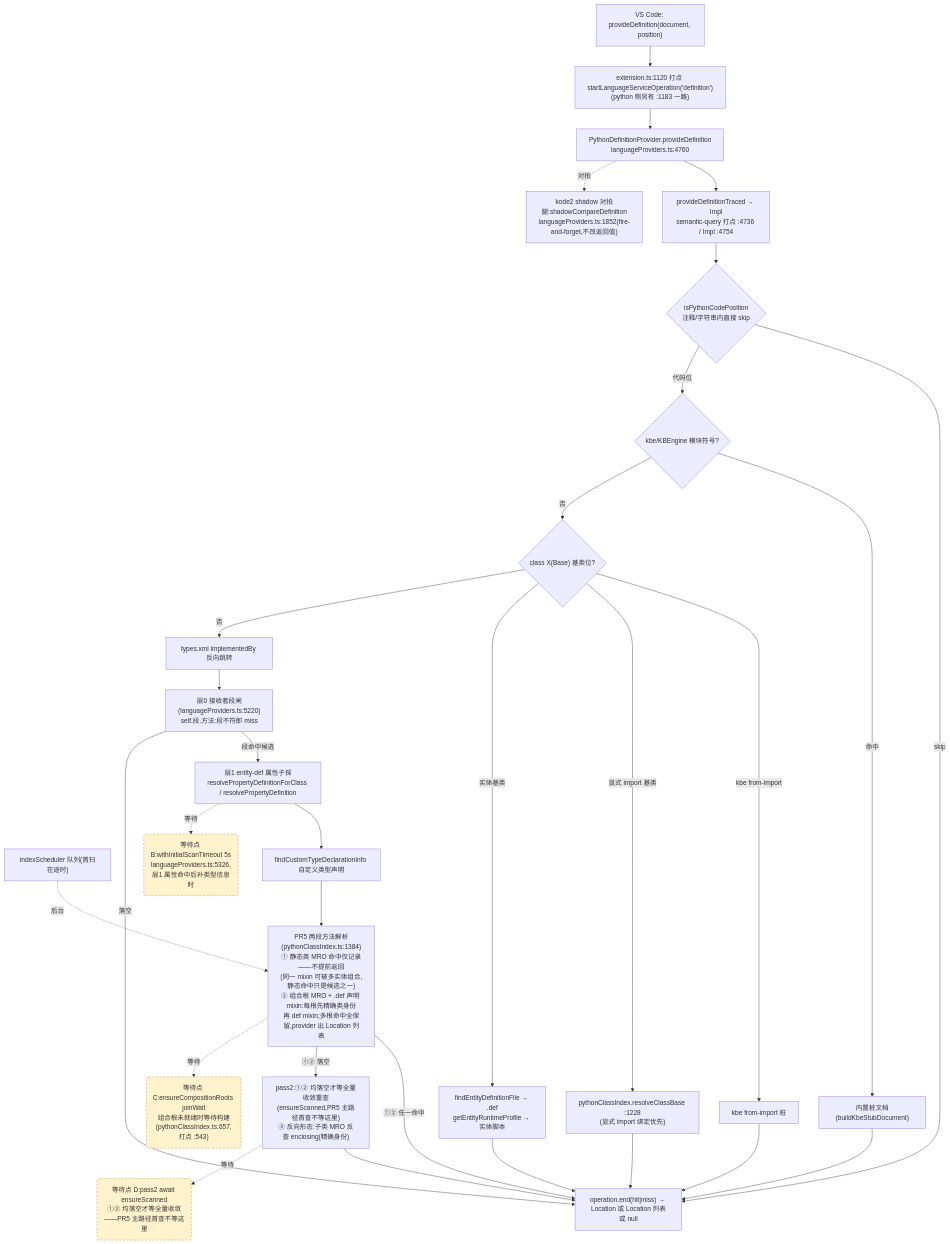
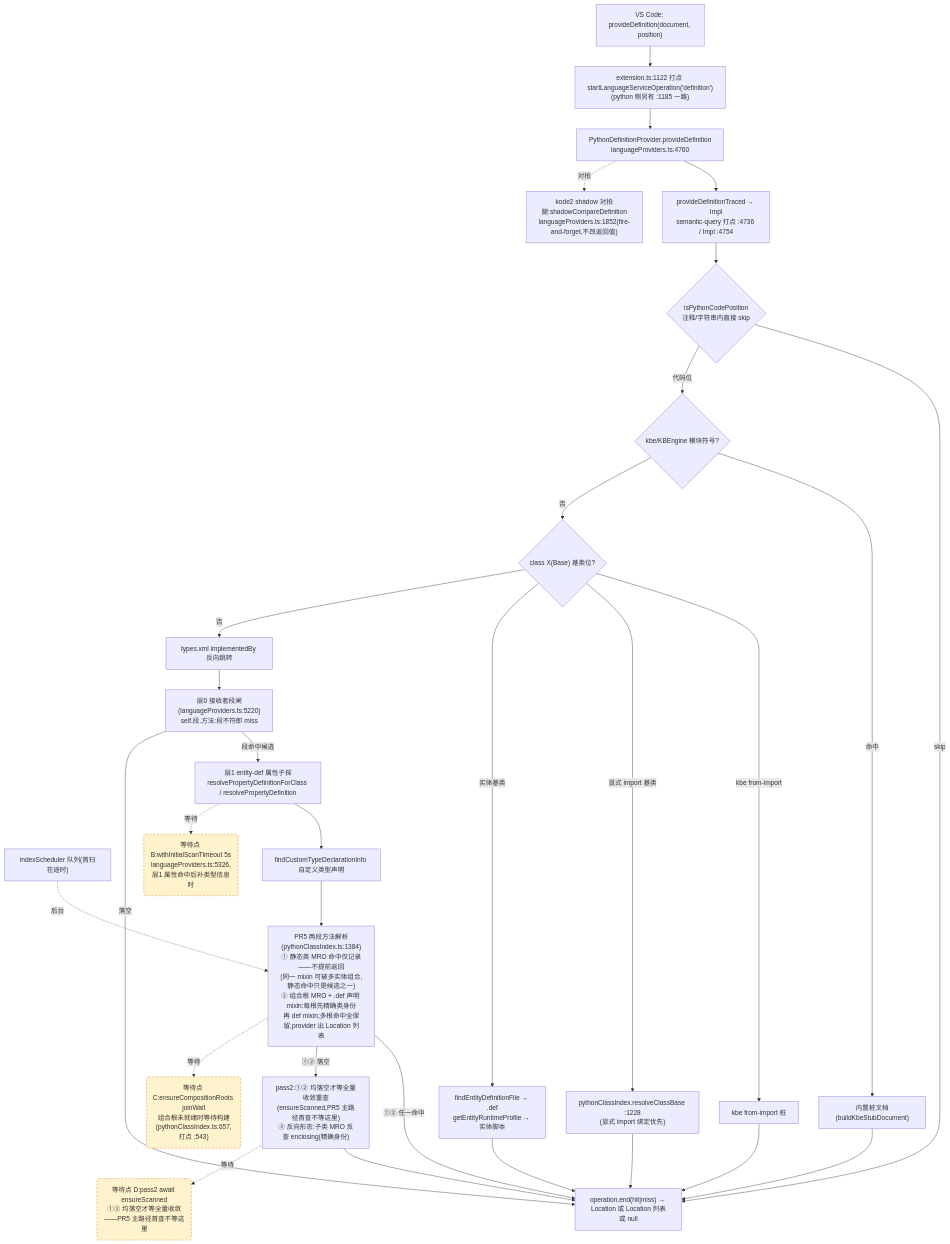
The second of 4 diagrams in docs/perf/2026-baseline.md (cuihairu/kode), drawn with Mermaid before and after one commit. The commit also changed other lines of this file and 24 other files, not shown here.

````diff
--- a/docs/perf/2026-baseline.md
+++ b/docs/perf/2026-baseline.md
@@ -130,51 +130,51 @@
 ```mermaid
 flowchart TD
   VC2["VS Code: provideDefinition(document, position)"]
-  M2["extension.ts:1120 打点 startLanguageServiceOperation('definition')<br/>(python 侧另有 :1183 一路)"]
+  M2["extension.ts:1122 打点 startLanguageServiceOperation('definition')<br/>(python 侧另有 :1185 一路)"]
   AD2["PythonDefinitionProvider.provideDefinition<br/>languageProviders.ts:4760"]
   TR["provideDefinitionTraced → Impl<br/>semantic-query 打点 :4736 / Impl :4754"]
   CTX{"isPythonCodePosition<br/>注释/字符串内直接 skip"}
   KBE{"kbe/KBEngine 模块符号?"}
   STUB["内置桩文档(buildKbeStubDocument)"]
   CB{"class X(Base) 基类位?"}
   CB1["kbe from-import 桩"]
   CB2["pythonClassIndex.resolveClassBase :1228<br/>(显式 import 绑定优先)"]
   CB3["findEntityDefinitionFile → .def<br/>getEntityRuntimeProfile → 实体脚本"]
   REV["types.xml implementedBy 反向跳转"]
   L0["层0 接收者段闸(languageProviders.ts:5220)<br/>self.段.方法:段不符即 miss"]
   L1["层1 entity-def 属性子探<br/>resolvePropertyDefinitionForClass / resolvePropertyDefinition"]
   SCAN["indexScheduler 队列(首扫在途时)"]
   TY["findCustomTypeDeclarationInfo 自定义类型声明"]
   MRO["PR5 两段方法解析(pythonClassIndex.ts:1384)<br/>① 静态类 MRO 命中仅记录——不提前返回<br/>(同一 mixin 可被多实体组合,静态命中只是候选之一)<br/>② 组合根 MRO + .def 声明 mixin:每根先精确类身份<br/>再 def mixin;多根命中全保留,provider 出 Location 列表"]
   PASS2["pass2:①② 均落空才等全量收敛重查<br/>(ensureScanned,PR5 主路径首查不等这里)<br/>③ 反向形态:子类 MRO 反查 enclosing(精确身份)"]
   SHD["kode2 shadow 对拍腿:shadowCompareDefinition<br/>languageProviders.ts:1852(fire-and-forget,不改返回值)"]
   END2["operation.end(hit|miss) → Location 或 Location 列表或 null"]
 
   VC2 --> M2 --> AD2 --> TR --> CTX
   CTX -- "skip" --> END2
   CTX -- "代码位" --> KBE
   KBE -- "命中" --> STUB --> END2
   KBE -- "否" --> CB
   CB -- "kbe from-import" --> CB1 --> END2
   CB -- "显式 import 基类" --> CB2 --> END2
   CB -- "实体基类" --> CB3 --> END2
   CB -- "否" --> REV --> L0
   L0 -- "段命中候选" --> L1
   L0 -- "落空" --> END2
   L1 --> TY
   TY --> MRO
   MRO -- "①② 任一命中" --> END2
   MRO -- "①② 落空" --> PASS2 --> END2
   AD2 -.->|对拍| SHD
 
   WAITB("等待点 B:withInitialScanTimeout 5s<br/>languageProviders.ts:5326,层1 属性命中后补类型信息时")
   WAITC("等待点 C:ensureCompositionRoots joinWait<br/>组合根未就绪时等待构建(pythonClassIndex.ts:657,打点 :543)")
   WAITD("等待点 D:pass2 await ensureScanned<br/>①② 均落空才等全量收敛——PR5 主路径首查不等这里")
   L1 -.->|等待| WAITB
   MRO -.->|等待| WAITC
   PASS2 -.->|等待| WAITD
   SCAN -.->|后台| MRO
 
   classDef waitPoint fill:#fff3cd,stroke:#d97706,stroke-dasharray:5 4;
   class WAITB,WAITC,WAITD waitPoint;
 ```
````
